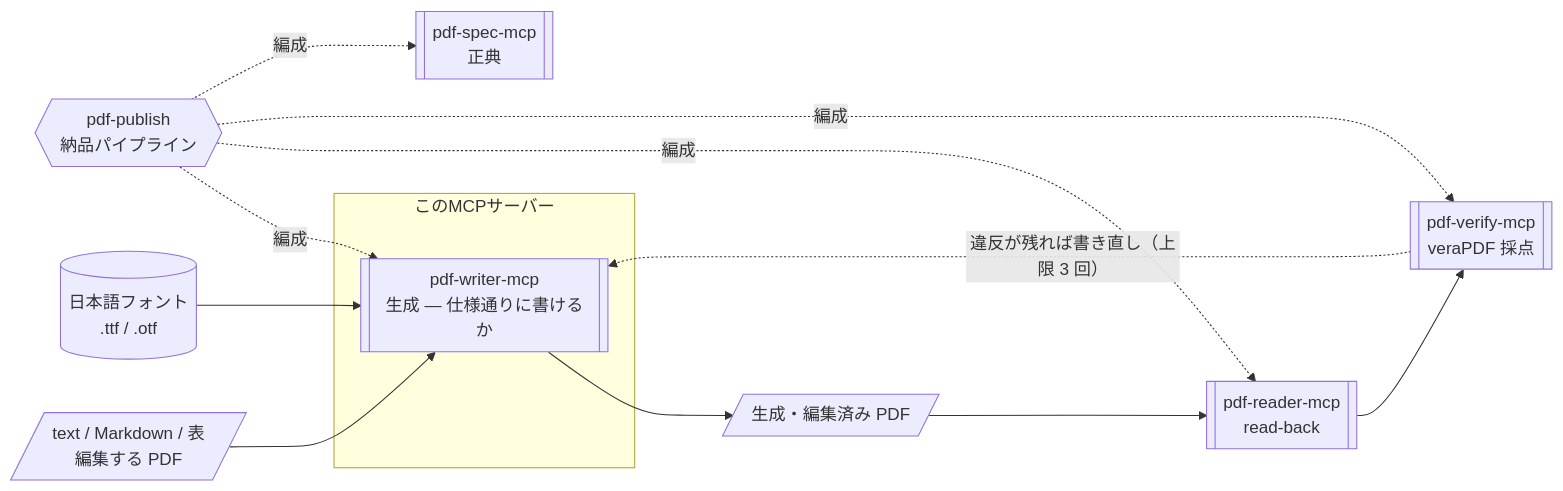
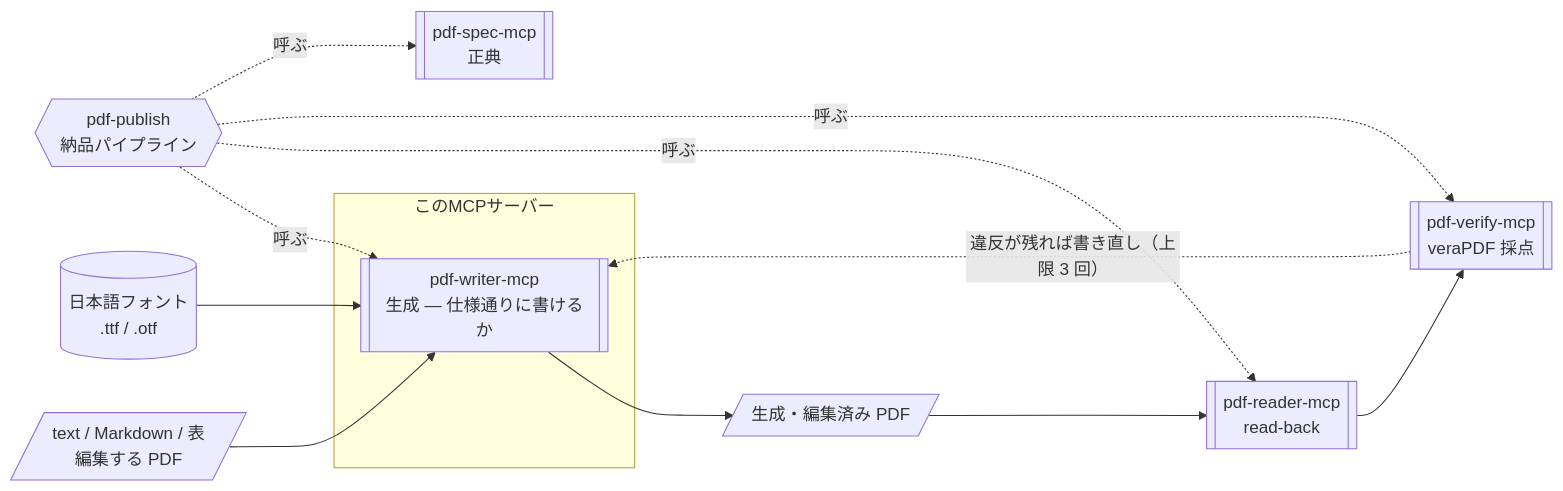
The first of 2 diagrams in site/docs/ja/mcp/pdf-writer.md (shuji-bonji/pdf-agent-stack), drawn with Mermaid before and after one commit. The commit also changed other lines of this file and 19 other files, not shown here.

````diff
--- a/site/docs/ja/mcp/pdf-writer.md
+++ b/site/docs/ja/mcp/pdf-writer.md
@@ -21,17 +21,17 @@
 ```mermaid
 graph LR
   SRC[/"text / Markdown / 表<br>編集する PDF"/] --> WRITER
   FONT[("日本語フォント<br>.ttf / .otf")] --> WRITER
 
   subgraph SELF["このMCPサーバー"]
     WRITER[["pdf-writer-mcp<br>生成 — 仕様通りに書けるか"]]
   end
 
   WRITER --> OUT[/"生成・編集済み PDF"/]
   OUT --> READER[["pdf-reader-mcp<br>read-back"]]
   READER --> VERIFY[["pdf-verify-mcp<br>veraPDF 採点"]]
   VERIFY -.->|違反が残れば書き直し（上限 3 回）| WRITER
   SPEC[["pdf-spec-mcp<br>正典"]]
 
-  PUBLISH{{"pdf-publish<br>納品パイプライン"}} -.->|編成| WRITER & READER & VERIFY & SPEC
+  PUBLISH{{"pdf-publish<br>納品パイプライン"}} -.->|呼ぶ| WRITER & READER & VERIFY & SPEC
 ```
````
